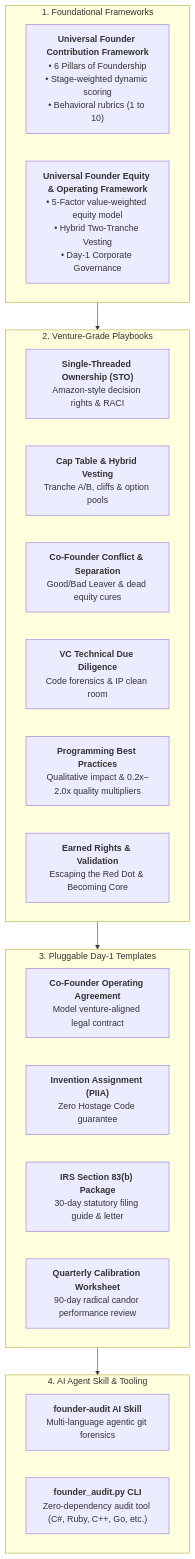
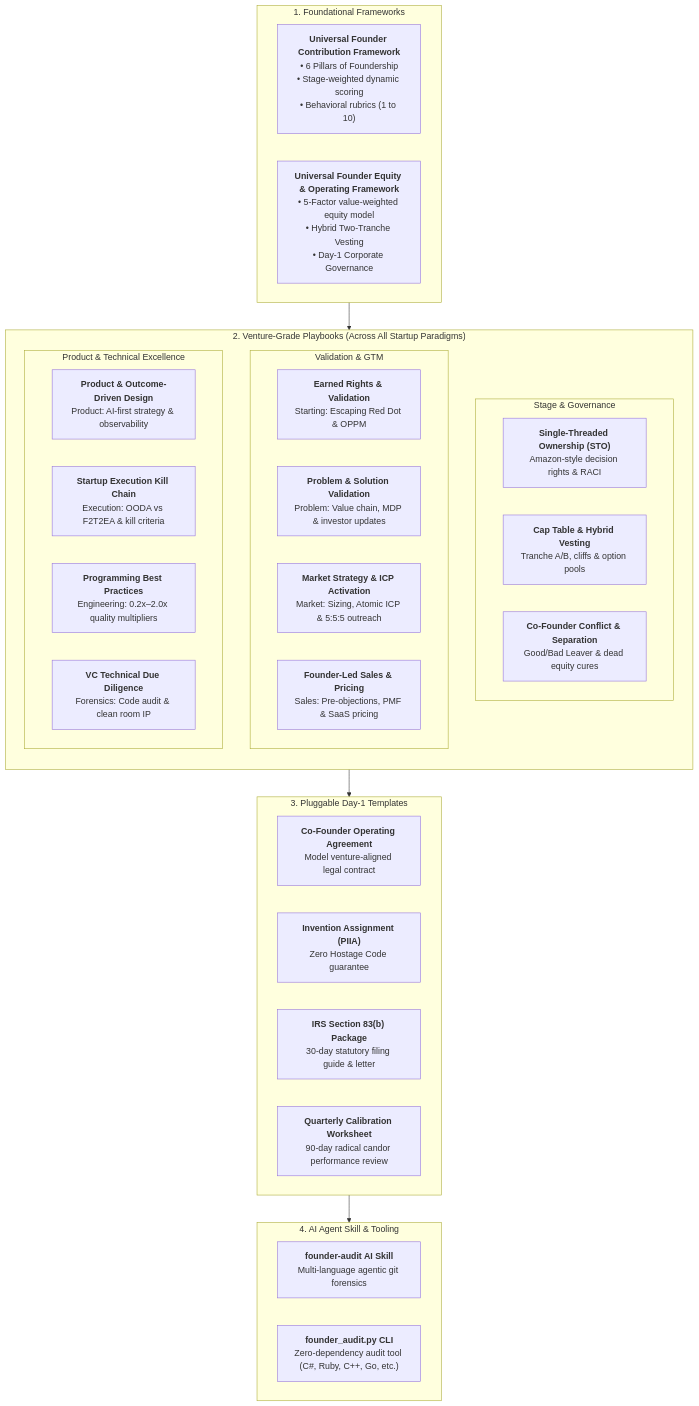
Before and after one commit to ranjandahal/founders-framework: the diagram in README.md, drawn with Mermaid. The commit also changed other lines of this file and 6 other files, not shown here.

Commit message:
feat: incorporate startup frameworks across all paradigms (Problem, Market, Product, Sales, Execution)

````diff
--- a/README.md
+++ b/README.md
@@ -25,32 +25,44 @@
 ```mermaid
 graph TD
     subgraph Core ["1. Foundational Frameworks"]
         UFCF["<b>Universal Founder Contribution Framework</b><br/>• 6 Pillars of Foundership<br/>• Stage-weighted dynamic scoring<br/>• Behavioral rubrics (1 to 10)"]
         UEOF["<b>Universal Founder Equity & Operating Framework</b><br/>• 5-Factor value-weighted equity model<br/>• Hybrid Two-Tranche Vesting<br/>• Day-1 Corporate Governance"]
     end
 
-    subgraph Playbooks ["2. Venture-Grade Playbooks"]
-        STO["<b>Single-Threaded Ownership (STO)</b><br/>Amazon-style decision rights & RACI"]
-        CAP["<b>Cap Table & Hybrid Vesting</b><br/>Tranche A/B, cliffs & option pools"]
-        CONF["<b>Co-Founder Conflict & Separation</b><br/>Good/Bad Leaver & dead equity cures"]
-        DIL["<b>VC Technical Due Diligence</b><br/>Code forensics & IP clean room"]
-        BEST["<b>Programming Best Practices</b><br/>Qualitative impact & 0.2x–2.0x quality multipliers"]
-        ETR["<b>Earned Rights & Validation</b><br/>Escaping the Red Dot & Becoming Core"]
+    subgraph Playbooks ["2. Venture-Grade Playbooks (Across All Startup Paradigms)"]
+        direction TB
+        subgraph Stage1 ["Stage & Governance"]
+            STO["<b>Single-Threaded Ownership (STO)</b><br/>Amazon-style decision rights & RACI"]
+            CAP["<b>Cap Table & Hybrid Vesting</b><br/>Tranche A/B, cliffs & option pools"]
+            CONF["<b>Co-Founder Conflict & Separation</b><br/>Good/Bad Leaver & dead equity cures"]
+        end
+        subgraph Stage2 ["Validation & GTM"]
+            START["<b>Earned Rights & Validation</b><br/>Starting: Escaping Red Dot & OPPM"]
+            PROB["<b>Problem & Solution Validation</b><br/>Problem: Value chain, MDP & investor updates"]
+            MKT["<b>Market Strategy & ICP Activation</b><br/>Market: Sizing, Atomic ICP & 5:5:5 outreach"]
+            SALES["<b>Founder-Led Sales & Pricing</b><br/>Sales: Pre-objections, PMF & SaaS pricing"]
+        end
+        subgraph Stage3 ["Product & Technical Excellence"]
+            PROD["<b>Product & Outcome-Driven Design</b><br/>Product: AI-first strategy & observability"]
+            KILL["<b>Startup Execution Kill Chain</b><br/>Execution: OODA vs F2T2EA & kill criteria"]
+            ENG["<b>Programming Best Practices</b><br/>Engineering: 0.2x–2.0x quality multipliers"]
+            DIL["<b>VC Technical Due Diligence</b><br/>Forensics: Code audit & clean room IP"]
+        end
     end
 
     subgraph Legal ["3. Pluggable Day-1 Templates"]
         AGR["<b>Co-Founder Operating Agreement</b><br/>Model venture-aligned legal contract"]
         PIIA["<b>Invention Assignment (PIIA)</b><br/>Zero Hostage Code guarantee"]
         TAX["<b>IRS Section 83(b) Package</b><br/>30-day statutory filing guide & letter"]
         FCR["<b>Quarterly Calibration Worksheet</b><br/>90-day radical candor performance review"]
     end
 
     subgraph Automation ["4. AI Agent Skill & Tooling"]
         SKILL["<b>founder-audit AI Skill</b><br/>Multi-language agentic git forensics"]
         CLI["<b>founder_audit.py CLI</b><br/>Zero-dependency audit tool (C#, Ruby, C++, Go, etc.)"]
     end
 
     Core --> Playbooks
     Playbooks --> Legal
     Legal --> Automation
 ```
````
